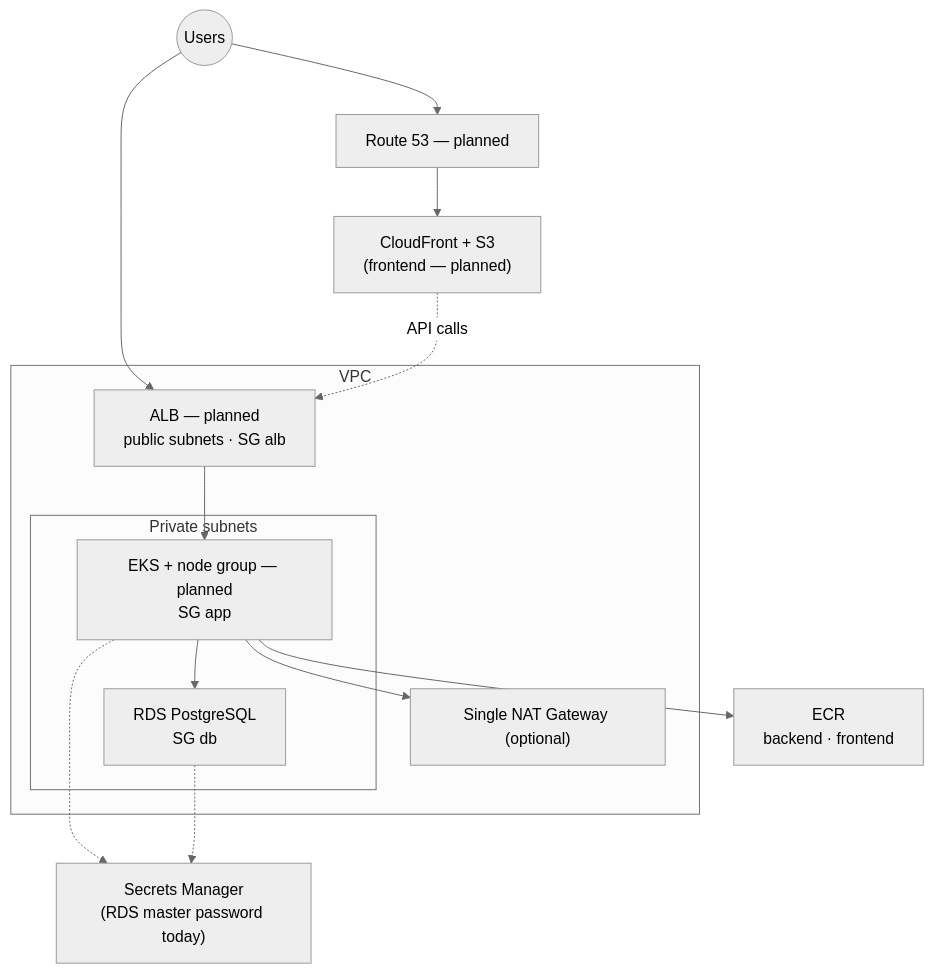
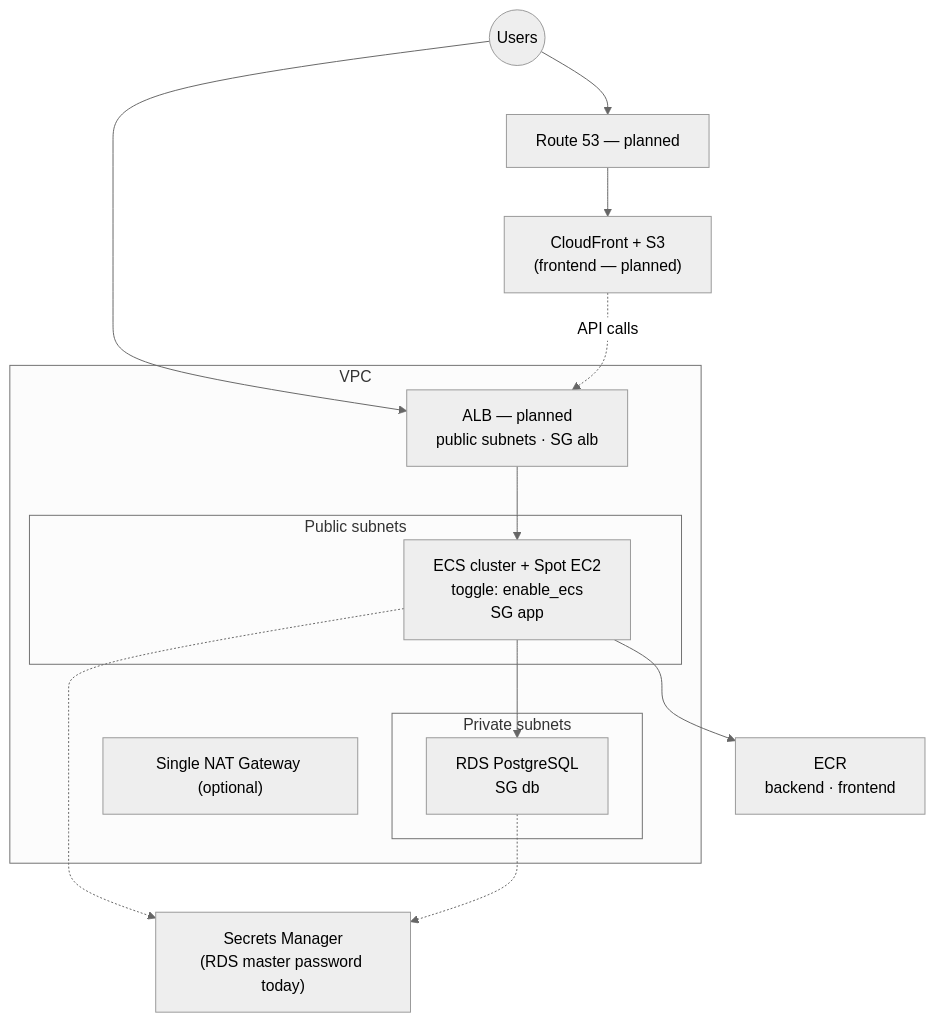
One commit to mazarsju/teacher-wang-infra changed the fifth of 6 diagrams in docs/architecture.md. Above: the diagram before and after it, drawn with Mermaid (neutral theme). The commit also changed other lines of this file and 13 other files, not shown here.

Commit message:
Prepare ECS (chosen over EKS for cost reasons. An architecture choice is written to explain this more in details)

````diff
--- a/docs/architecture.md
+++ b/docs/architecture.md
@@ -132,33 +148,35 @@
 ```mermaid
 flowchart TB
   Users((Users))
 
   CF["CloudFront + S3<br/>(frontend — planned)"]
   R53["Route 53 — planned"]
 
   Users --> R53
   R53 --> CF
   Users --> ALB
 
   subgraph VPC["VPC"]
     ALB["ALB — planned<br/>public subnets · SG alb"]
 
+    subgraph Public["Public subnets"]
+      ECS["ECS cluster + Spot EC2<br/>toggle: enable_ecs<br/>SG app"]
+    end
+
     subgraph Private["Private subnets"]
-      EKS["EKS + node group — planned<br/>SG app"]
       RDS["RDS PostgreSQL<br/>SG db"]
     end
 
     NAT["Single NAT Gateway (optional)"]
   end
 
   ECR["ECR<br/>backend · frontend"]
   SM["Secrets Manager<br/>(RDS master password today)"]
 
-  ALB --> EKS
-  EKS --> RDS
-  EKS --> NAT
-  EKS --> ECR
-  EKS -.-> SM
+  ALB --> ECS
+  ECS --> RDS
+  ECS --> ECR
+  ECS -.-> SM
   RDS -.-> SM
   CF -.->|API calls| ALB
 ```
````
